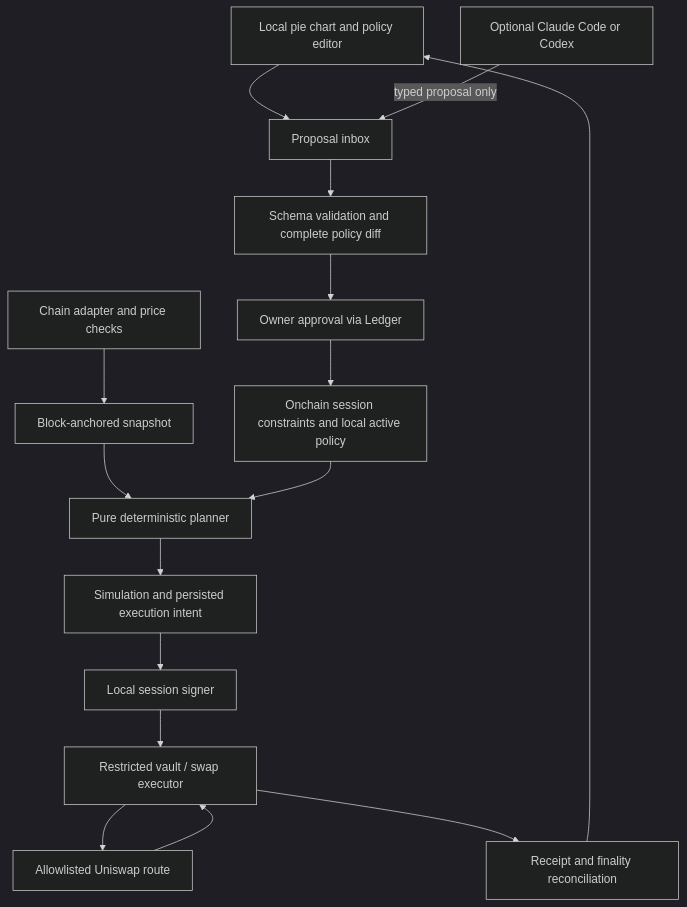
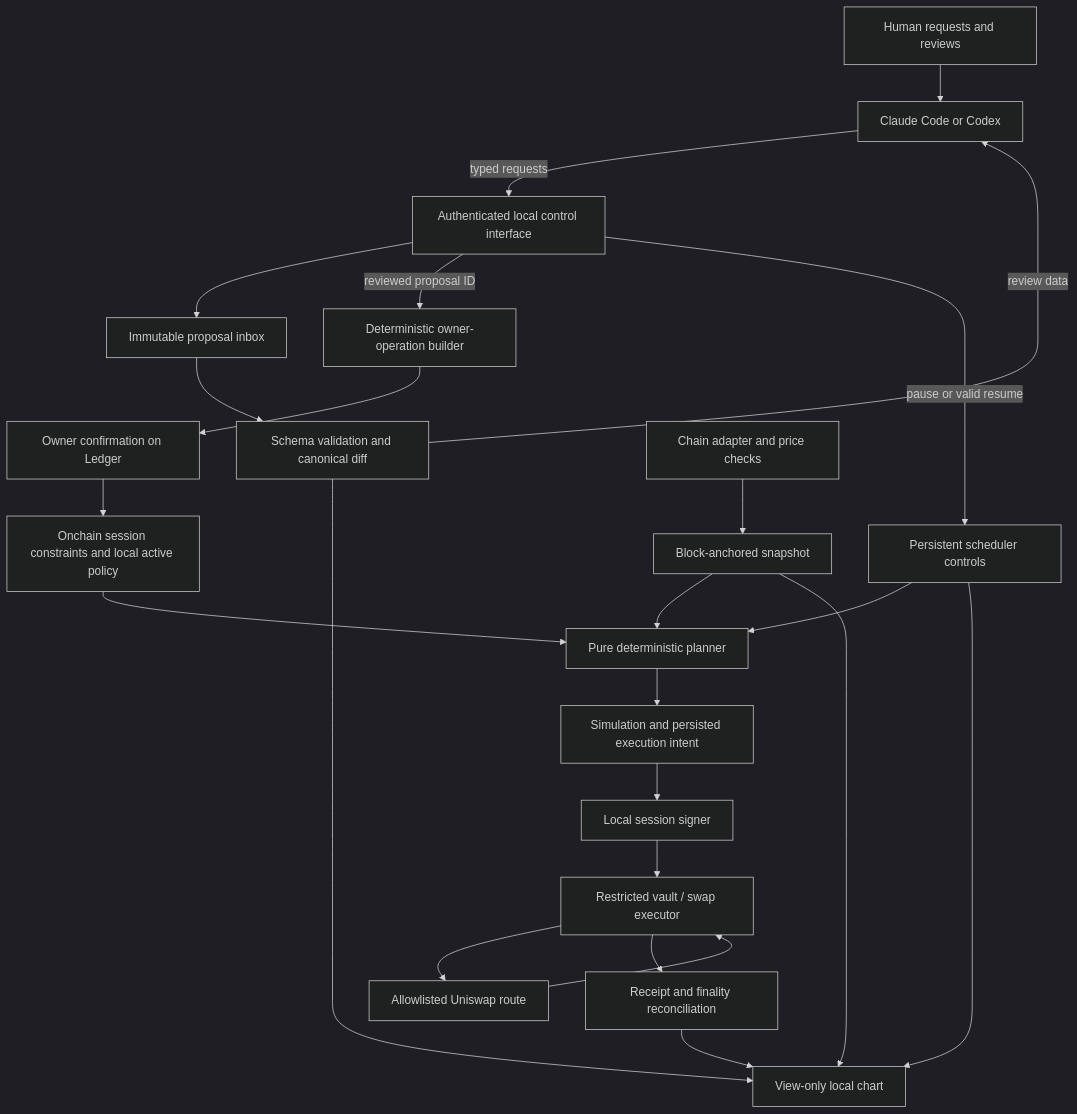
One commit to A1igator/rebalance changed the diagram in PLAN.md. Above: the diagram before and after it, drawn with Mermaid (dark theme). The commit also changed other lines of this file and 6 other files, not shown here.

Commit message:
docs: make chart view-only and route controls through agent

````diff
--- a/PLAN.md
+++ b/PLAN.md
@@ -36,18 +39,26 @@
 ```mermaid
 flowchart TD
-  UI[Local pie chart and policy editor] --> P[Proposal inbox]
-  AI[Optional Claude Code or Codex] -->|typed proposal only| P
-  P --> V[Schema validation and complete policy diff]
-  V --> O[Owner approval via Ledger]
+  H[Human requests and reviews] --> AI[Claude Code or Codex]
+  AI -->|typed requests| I[Authenticated local control interface]
+  I --> P[Immutable proposal inbox]
+  P --> V[Schema validation and canonical diff]
+  V -->|review data| AI
+  I -->|reviewed proposal ID| B[Deterministic owner-operation builder]
+  B --> O[Owner confirmation on Ledger]
   O --> A[Onchain session constraints and local active policy]
+  I -->|pause or valid resume| D[Persistent scheduler controls]
+  D --> E[Pure deterministic planner]
   N[Chain adapter and price checks] --> S[Block-anchored snapshot]
-  S --> E[Pure deterministic planner]
+  S --> E
   A --> E
   E --> Q[Simulation and persisted execution intent]
   Q --> K[Local session signer]
   K --> C[Restricted vault / swap executor]
   C --> U[Allowlisted Uniswap route]
   U --> C
   C --> R[Receipt and finality reconciliation]
+  S --> UI[View-only local chart]
+  V --> UI
   R --> UI
+  D --> UI
 ```
````
